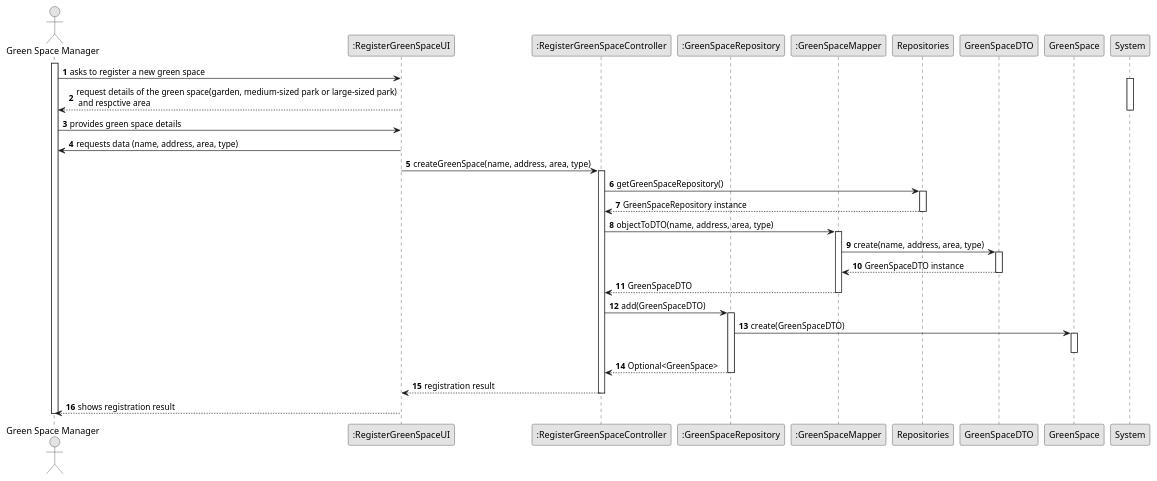
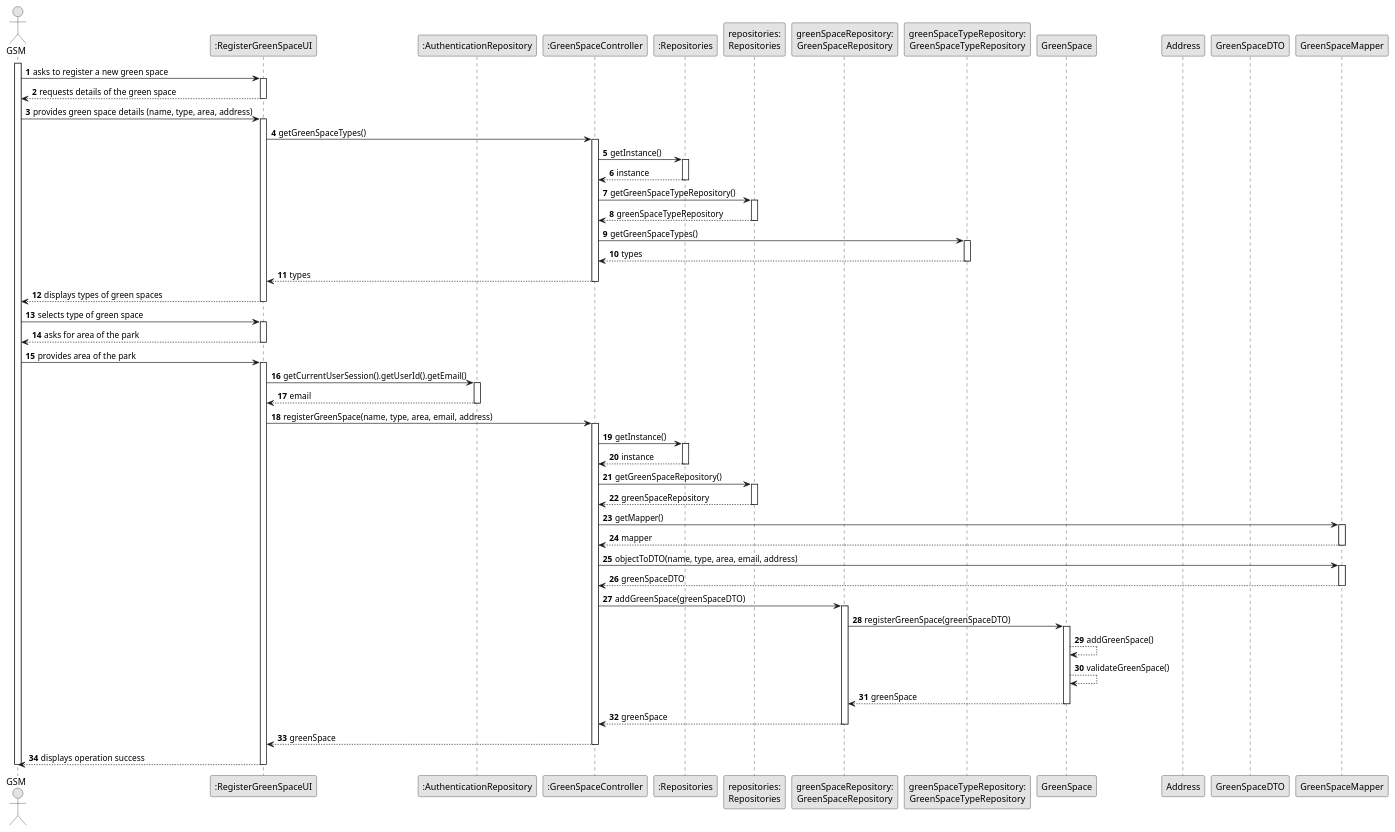
Before and after one commit to Departamento-de-Engenharia-Informatica/lei-24-s2-1dkl-g134: the diagram in docs/sprintC/us020/03.design/puml/us020-sequence-diagram-full.puml, drawn with PlantUML. The commit also changed 1 other file, not shown here.

Commit message:
US020 Class Diagram Full Done

```diff
--- a/docs/sprintC/us020/03.design/puml/us020-sequence-diagram-full.puml
+++ b/docs/sprintC/us020/03.design/puml/us020-sequence-diagram-full.puml
@@ -1,69 +1,121 @@
 @startuml
 skinparam monochrome true
 skinparam packageStyle rectangle
 skinparam shadowing false
 
 autonumber
 
-actor "Green Space Manager" as GSM
+actor "GSM" as GSM
 participant ":RegisterGreenSpaceUI" as UI
-participant ":RegisterGreenSpaceController" as CTRL
-participant ":GreenSpaceRepository" as REPO
-participant ":GreenSpaceMapper" as MAP
-participant "Repositories" as RepositorySingleton
-participant "GreenSpaceDTO" as DTO
-participant "GreenSpace" as GS
+participant ":AuthenticationRepository" as AuthenticationRepository
+participant ":GreenSpaceController" as GreenSpaceController
+participant ":Repositories" as Repositories
+participant "repositories:\nRepositories" as RepositoriesInstance
+participant "greenSpaceRepository:\nGreenSpaceRepository" as GreenSpaceRepository
+participant "greenSpaceTypeRepository:\nGreenSpaceTypeRepository" as GreenSpaceTypeRepository
+participant "GreenSpace" as GreenSpace
+participant "Address" as Address
+participant "GreenSpaceDTO" as GreenSpaceDTO
+participant "GreenSpaceMapper" as GreenSpaceMapper
 
 activate GSM
-    GSM -> "UI" : asks to register a new green space
-    activate System
 
+    GSM -> UI : asks to register a new green space
+    activate UI
 
-    UI --> GSM : request details of the green space(garden, medium-sized park or large-sized park)\n and respctive area
-    deactivate System
+        UI --> GSM : requests details of the green space
 
-    GSM -> UI : provides green space details
+    deactivate UI
 
+    GSM -> UI : provides green space details (name, type, area, address)
+    activate UI
 
-UI -> GSM : requests data (name, address, area, type)
-deactivate UI
-UI -> CTRL : createGreenSpace(name, address, area, type)
-activate CTRL
+        UI -> GreenSpaceController : getGreenSpaceTypes()
+        activate GreenSpaceController
 
-CTRL -> RepositorySingleton : getGreenSpaceRepository()
-activate RepositorySingleton
+            GreenSpaceController -> Repositories : getInstance()
+            activate Repositories
 
-RepositorySingleton --> CTRL : GreenSpaceRepository instance
-deactivate RepositorySingleton
+                Repositories --> GreenSpaceController : instance
+            deactivate Repositories
 
-CTRL -> MAP : objectToDTO(name, address, area, type)
-activate MAP
+            GreenSpaceController -> RepositoriesInstance : getGreenSpaceTypeRepository()
+            activate RepositoriesInstance
 
-MAP -> DTO : create(name, address, area, type)
-activate DTO
+                RepositoriesInstance --> GreenSpaceController : greenSpaceTypeRepository
+            deactivate RepositoriesInstance
 
-DTO --> MAP : GreenSpaceDTO instance
-deactivate DTO
+            GreenSpaceController -> GreenSpaceTypeRepository : getGreenSpaceTypes()
+            activate GreenSpaceTypeRepository
 
-MAP --> CTRL : GreenSpaceDTO
-deactivate MAP
+                GreenSpaceTypeRepository --> GreenSpaceController : types
+            deactivate GreenSpaceTypeRepository
 
-CTRL -> REPO : add(GreenSpaceDTO)
-activate REPO
+            GreenSpaceController --> UI : types
+        deactivate GreenSpaceController
 
-REPO -> GS : create(GreenSpaceDTO)
-activate GS
-deactivate GS
+        UI --> GSM : displays types of green spaces
+    deactivate UI
 
-REPO --> CTRL : Optional<GreenSpace>
-deactivate REPO
+    GSM -> UI : selects type of green space
+    activate UI
 
-CTRL --> UI : registration result
-deactivate CTRL
+        UI --> GSM : asks for area of the park
+    deactivate UI
 
-UI --> GSM : shows registration result
-deactivate UI
+    GSM -> UI : provides area of the park
+    activate UI
 
-deactivate GSM
+        UI -> AuthenticationRepository : getCurrentUserSession().getUserId().getEmail()
+        activate AuthenticationRepository
 
+            AuthenticationRepository --> UI : email
+        deactivate AuthenticationRepository
+
+        UI -> GreenSpaceController : registerGreenSpace(name, type, area, email, address)
+        activate GreenSpaceController
+
+            GreenSpaceController -> Repositories : getInstance()
+            activate Repositories
+
+                Repositories --> GreenSpaceController : instance
+            deactivate Repositories
+
+            GreenSpaceController -> RepositoriesInstance : getGreenSpaceRepository()
+            activate RepositoriesInstance
+
+                RepositoriesInstance --> GreenSpaceController : greenSpaceRepository
+            deactivate RepositoriesInstance
+
+            GreenSpaceController -> GreenSpaceMapper : getMapper()
+            activate GreenSpaceMapper
+
+                GreenSpaceMapper --> GreenSpaceController : mapper
+            deactivate GreenSpaceMapper
+
+            GreenSpaceController -> "GreenSpaceMapper" : objectToDTO(name, type, area, email, address)
+            activate GreenSpaceMapper
+
+                "GreenSpaceMapper" --> GreenSpaceController : greenSpaceDTO
+            deactivate "GreenSpaceMapper"
+
+            GreenSpaceController -> GreenSpaceRepository : addGreenSpace(greenSpaceDTO)
+            activate GreenSpaceRepository
+
+                GreenSpaceRepository -> GreenSpace : registerGreenSpace(greenSpaceDTO)
+                activate GreenSpace
+                GreenSpace --> GreenSpace : addGreenSpace()
+                GreenSpace --> GreenSpace : validateGreenSpace()
+
+                    GreenSpace --> GreenSpaceRepository : greenSpace
+                deactivate GreenSpace
+                GreenSpaceRepository --> GreenSpaceController : greenSpace
+            deactivate GreenSpaceRepository
+
+            GreenSpaceController --> UI : greenSpace
+        deactivate GreenSpaceController
+
+        UI --> GSM : displays operation success
+    deactivate UI
+    deactivate GSM
 @enduml
```
